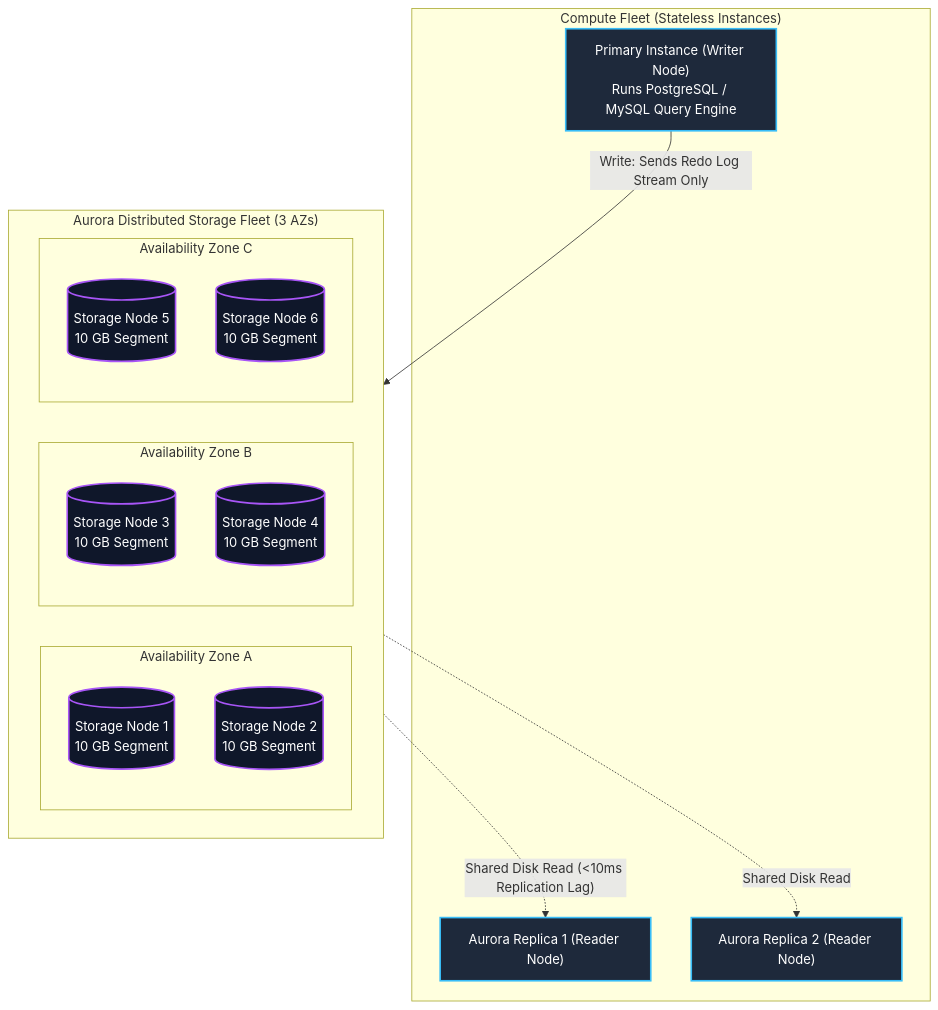
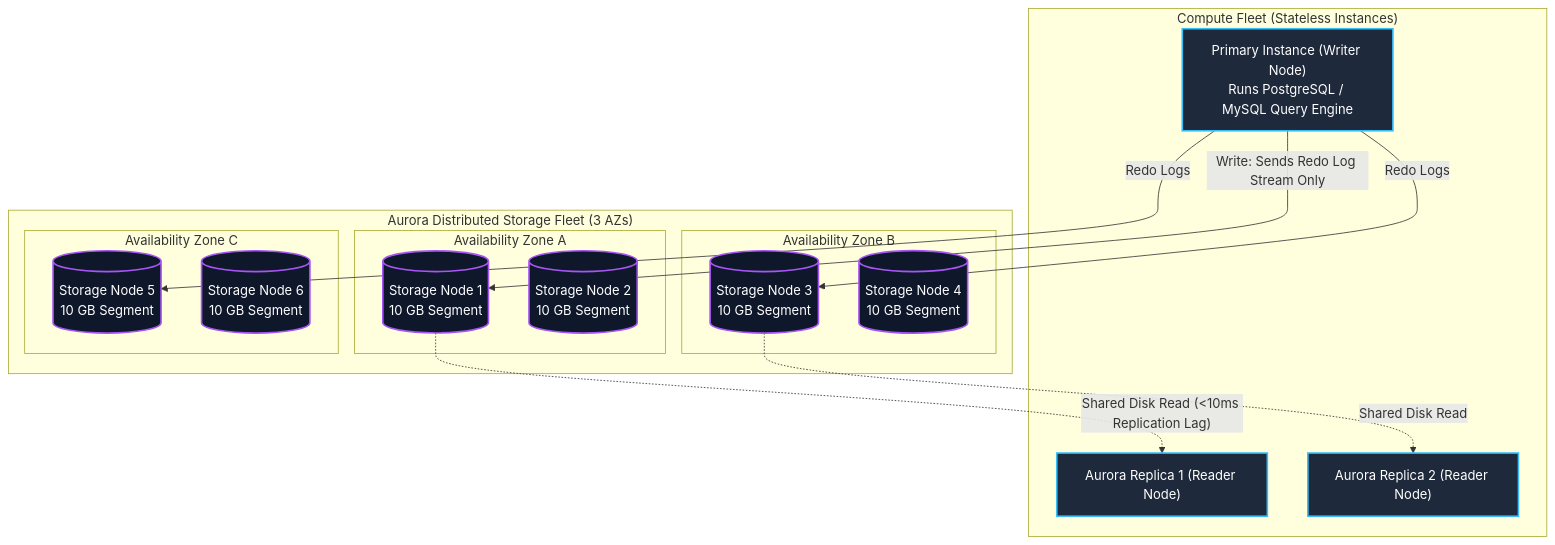
Before and after one commit to Wathon/aws-dea-c01-note: the third of 6 diagrams in content/02-services/database/rds-and-aurora.md, drawn with Mermaid. The commit also changed other lines of this file and 5 other files, not shown here.

Commit message:
fix(mermaid): resolve reserved keyword classDef and subgraph edge endpoint parse errors

````diff
--- a/content/02-services/database/rds-and-aurora.md
+++ b/content/02-services/database/rds-and-aurora.md
@@ -154,33 +160,35 @@
 ```mermaid
 graph TB
     subgraph ComputeSubsystem["Compute Fleet (Stateless Instances)"]
         WriterNode["Primary Instance (Writer Node)<br/>Runs PostgreSQL / MySQL Query Engine"]
         ReaderNode1["Aurora Replica 1 (Reader Node)"]
         ReaderNode2["Aurora Replica 2 (Reader Node)"]
     end
 
     subgraph StorageSubsystem["Aurora Distributed Storage Fleet (3 AZs)"]
         subgraph AZ_A["Availability Zone A"]
             Seg1[("Storage Node 1<br/>10 GB Segment")]
             Seg2[("Storage Node 2<br/>10 GB Segment")]
         end
         subgraph AZ_B["Availability Zone B"]
             Seg3[("Storage Node 3<br/>10 GB Segment")]
             Seg4[("Storage Node 4<br/>10 GB Segment")]
         end
         subgraph AZ_C["Availability Zone C"]
             Seg5[("Storage Node 5<br/>10 GB Segment")]
             Seg6[("Storage Node 6<br/>10 GB Segment")]
         end
     end
 
-    WriterNode -->|"Write: Sends Redo Log Stream Only"| StorageSubsystem
-    StorageSubsystem -.->|"Shared Disk Read (<10ms Replication Lag)"| ReaderNode1
-    StorageSubsystem -.->|"Shared Disk Read"| ReaderNode2
+    WriterNode -->|"Write: Sends Redo Log Stream Only"| Seg1
+    WriterNode -->|"Redo Logs"| Seg3
+    WriterNode -->|"Redo Logs"| Seg5
+    Seg1 -.->|"Shared Disk Read (<10ms Replication Lag)"| ReaderNode1
+    Seg3 -.->|"Shared Disk Read"| ReaderNode2
 
     classDef comp fill:#1e293b,stroke:#38bdf8,stroke-width:2px,color:#fff;
     classDef store fill:#0f172a,stroke:#a855f7,stroke-width:2px,color:#fff;
 
     class WriterNode,ReaderNode1,ReaderNode2 comp;
     class Seg1,Seg2,Seg3,Seg4,Seg5,Seg6 store;
 ```
````
